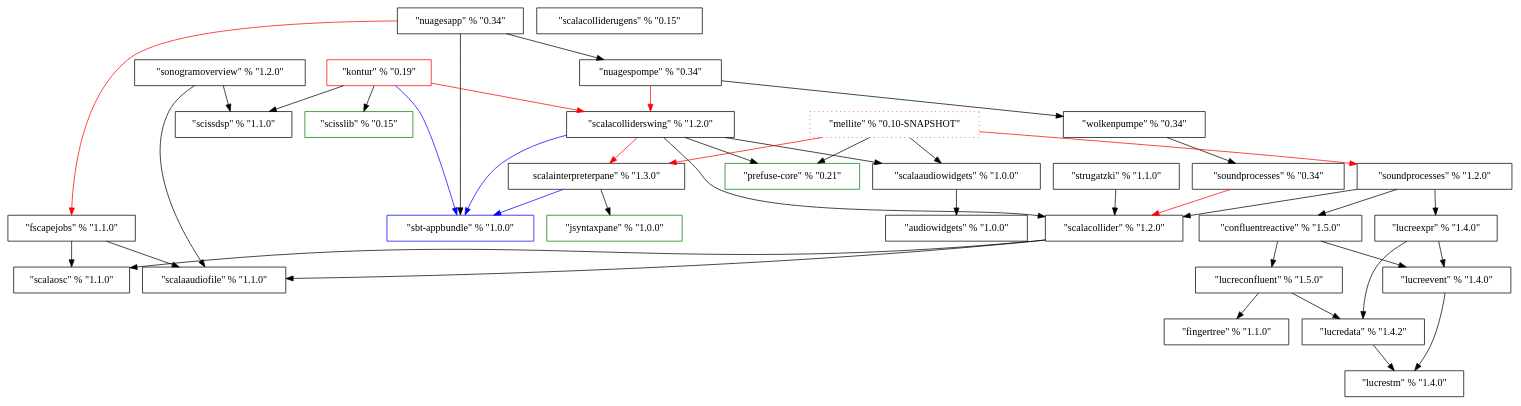
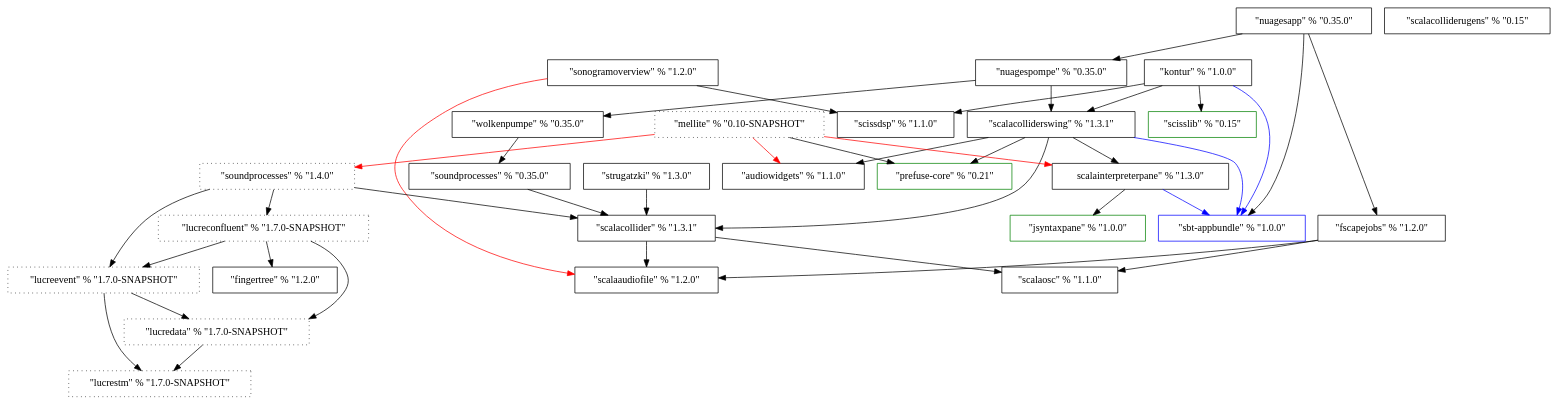
Before and after one commit to Sciss/HistoricalCode: the diagram in ProjectDependencies/dep.dot, drawn with Graphviz.

```diff
--- a/ProjectDependencies/dep.dot
+++ b/ProjectDependencies/dep.dot
@@ -1,75 +1,76 @@
 digraph G {
 	ScalaOSC [label="\"scalaosc\" % \"1.1.0\"", shape=box];
-	ScalaAudioFile [label="\"scalaaudiofile\" % \"1.1.0\"", shape=box];
-	FScapeJobs [label="\"fscapejobs\" % \"1.1.0\"", shape=box];
-	AudioWidgets [label="\"audiowidgets\" % \"1.0.0\"", shape=box];
-	ScalaAudioWidgets [label="\"scalaaudiowidgets\" % \"1.0.0\"", shape=box];
+	ScalaAudioFile [label="\"scalaaudiofile\" % \"1.2.0\"", shape=box];
+	FScapeJobs [label="\"fscapejobs\" % \"1.2.0\"", shape=box];
+	AudioWidgets [label="\"audiowidgets\" % \"1.1.0\"", shape=box];
+//	ScalaAudioWidgets [label="\"scalaaudiowidgets\" % \"1.0.0\"", shape=box, color=red];
 	SbtAppbundle [label="\"sbt-appbundle\" % \"1.0.0\"", shape=Box, color=blue];
 	ScissDSP [label="\"scissdsp\" % \"1.1.0\"", shape=Box];
 	SonogramOverview [label="\"sonogramoverview\" % \"1.2.0\"", shape=Box];
-	ScalaCollider [label="\"scalacollider\" % \"1.2.0\"", shape=Box];
-	Strugatzki [label="\"strugatzki\" % \"1.1.0\"", shape=Box];
+	ScalaCollider [label="\"scalacollider\" % \"1.3.1\"", shape=Box];
+	Strugatzki [label="\"strugatzki\" % \"1.3.0\"", shape=Box];
 	JSyntaxPane [label="\"jsyntaxpane\" % \"1.0.0\"", shape=Box, color=green];
 	ScalaInterpreterPane [label="\scalainterpreterpane\" % \"1.3.0\"", shape=Box];
 	PrefuseCore [label="\"prefuse-core\" % \"0.21\"", shape=Box, color=green];
-	ScalaColliderSwing [label="\"scalacolliderswing\" % \"1.2.0\"", shape=Box];
-	SoundProcesses_OLD [label="\"soundprocesses\" % \"0.34\"", shape=Box];
-	Wolkenpumpe [label="\"wolkenpumpe\" % \"0.34\"", shape=Box];
-	NuagesPompe [label="\"nuagespompe\" % \"0.34\"", shape=Box];
-	NuagesApp [label="\"nuagesapp\" % \"0.34\"", shape=Box];
+	ScalaColliderSwing [label="\"scalacolliderswing\" % \"1.3.1\"", shape=Box];
+	SoundProcesses_OLD [label="\"soundprocesses\" % \"0.35.0\"", shape=Box];
+	Wolkenpumpe [label="\"wolkenpumpe\" % \"0.35.0\"", shape=Box];
+	NuagesPompe [label="\"nuagespompe\" % \"0.35.0\"", shape=Box];
+	NuagesApp [label="\"nuagesapp\" % \"0.35.0\"", shape=Box];
 	ScissLib [label="\"scisslib\" % \"0.15\"", shape=Box, color=green];
-	Kontur [label="\"kontur\" % \"0.19\"", shape=Box, color=red];
-	FingerTree [label="\"fingertree\" % \"1.1.0\"", shape=Box];
+	Kontur [label="\"kontur\" % \"1.0.0\"", shape=Box];
+	FingerTree [label="\"fingertree\" % \"1.2.0\"", shape=Box];
 	ScalaColliderUGens [label="\"scalacolliderugens\" % \"0.15\"", shape=Box];
-	LucreSTM [label="\"lucrestm\" % \"1.4.0\"", shape=Box];
-	LucreEvent [label="\"lucreevent\" % \"1.4.0\"", shape=Box];
-	LucreData [label="\"lucredata\" % \"1.4.2\"", shape=Box];
-	LucreExpr [label="\"lucreexpr\" % \"1.4.0\"", shape=Box];
-	LucreConfluent [label="\"lucreconfluent\" % \"1.5.0\"", shape=Box];
-	ConfluentReactive [label="\"confluentreactive\" % \"1.5.0\"", shape=Box];
-	SoundProcesses [label="\"soundprocesses\" % \"1.2.0\"", shape=Box];
-	Mellite [label="\"mellite\" % \"0.10-SNAPSHOT\"", shape=Box, style=dotted, color=red];
+	LucreSTM [label="\"lucrestm\" % \"1.7.0-SNAPSHOT\"", shape=Box, style=dotted];
+	LucreEvent [label="\"lucreevent\" % \"1.7.0-SNAPSHOT\"", shape=Box, style=dotted];
+	LucreData [label="\"lucredata\" % \"1.7.0-SNAPSHOT\"", shape=Box, style=dotted];
+//	LucreExpr [label="\"lucreexpr\" % \"1.4.0\"", shape=Box];
+	LucreConfluent [label="\"lucreconfluent\" % \"1.7.0-SNAPSHOT\"", shape=Box, style=dotted];
+//	ConfluentReactive [label="\"confluentreactive\" % \"1.5.0\"", shape=Box];
+	SoundProcesses [label="\"soundprocesses\" % \"1.4.0\"", shape=Box, style=dotted];
+	Mellite [label="\"mellite\" % \"0.10-SNAPSHOT\"", shape=Box, style=dotted];
 	
 	FScapeJobs -> ScalaOSC;
 	FScapeJobs -> ScalaAudioFile;
-	ScalaAudioWidgets -> AudioWidgets;
-	SonogramOverview -> ScalaAudioFile;
+//	ScalaAudioWidgets -> AudioWidgets [color=red];
+	SonogramOverview -> ScalaAudioFile [color=red];
 	SonogramOverview -> ScissDSP;
 	ScalaCollider -> ScalaOSC;
 	ScalaCollider -> ScalaAudioFile;
 	Strugatzki -> ScalaCollider;
 	ScalaInterpreterPane -> JSyntaxPane;
 	ScalaInterpreterPane -> SbtAppbundle [color=blue];
 	ScalaColliderSwing -> SbtAppbundle [color=blue];
 	ScalaColliderSwing -> ScalaCollider;
-	ScalaColliderSwing -> ScalaInterpreterPane [color=red];
+	ScalaColliderSwing -> ScalaInterpreterPane;
 	ScalaColliderSwing -> PrefuseCore;
-	ScalaColliderSwing -> ScalaAudioWidgets;
-	SoundProcesses_OLD -> ScalaCollider [color=red];
+	ScalaColliderSwing -> AudioWidgets;
+	SoundProcesses_OLD -> ScalaCollider;
 	Wolkenpumpe -> SoundProcesses_OLD;
 	NuagesPompe -> Wolkenpumpe;
-	NuagesPompe -> ScalaColliderSwing [color=red];
+	NuagesPompe -> ScalaColliderSwing;
 	NuagesApp -> SbtAppbundle;
 	NuagesApp -> NuagesPompe;
-	NuagesApp -> FScapeJobs [color=red];
+	NuagesApp -> FScapeJobs;
 	Kontur -> SbtAppbundle [color=blue];
-	Kontur -> ScalaColliderSwing [color=red];
+	Kontur -> ScalaColliderSwing;
 	Kontur -> ScissDSP;
 	Kontur -> ScissLib;
 	LucreEvent -> LucreSTM;
+   LucreEvent -> LucreData;
 	LucreData -> LucreSTM;
-   LucreExpr -> LucreData;
-   LucreExpr -> LucreEvent;
+//   LucreExpr -> LucreData [color=red];
+//   LucreExpr -> LucreEvent [color=red];
 	LucreConfluent -> FingerTree;
 	LucreConfluent -> LucreData;
-//	LucreConfluent -> LucreExpr [style=dotted];
-   ConfluentReactive -> LucreConfluent;
-	ConfluentReactive -> LucreEvent;
+	LucreConfluent -> LucreEvent;
+//   ConfluentReactive -> LucreConfluent;
+//	ConfluentReactive -> LucreEvent [color=red];
 	SoundProcesses -> ScalaCollider;
-	SoundProcesses -> ConfluentReactive;
-	SoundProcesses -> LucreExpr;
+	SoundProcesses -> LucreConfluent;
+	SoundProcesses -> LucreEvent;
 	Mellite -> SoundProcesses [color=red];
-	Mellite -> ScalaAudioWidgets;
+	Mellite -> AudioWidgets [color=red];
 	Mellite -> PrefuseCore;
 	Mellite -> ScalaInterpreterPane [color=red];
 }
```
